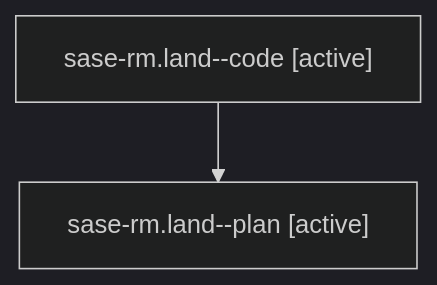
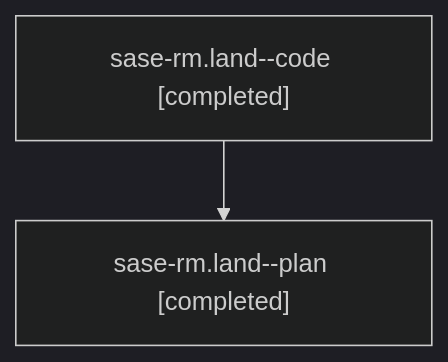
The diagram in families/bbugyi200.athena.sase-rm.land.md (sase-org/sase--agents), drawn with Mermaid (dark theme) before and after one commit. The commit also changed other lines of this file and 82 other files, not shown here.

````diff
--- a/families/bbugyi200.athena.sase-rm.land.md
+++ b/families/bbugyi200.athena.sase-rm.land.md
@@ -9,6 +9,6 @@
 ```mermaid
 flowchart TD
-  n0["sase-rm.land--code [active]"]
-  n1["sase-rm.land--plan [active]"]
+  n0["sase-rm.land--code [completed]"]
+  n1["sase-rm.land--plan [completed]"]
   n0 --> n1
 ```
````
